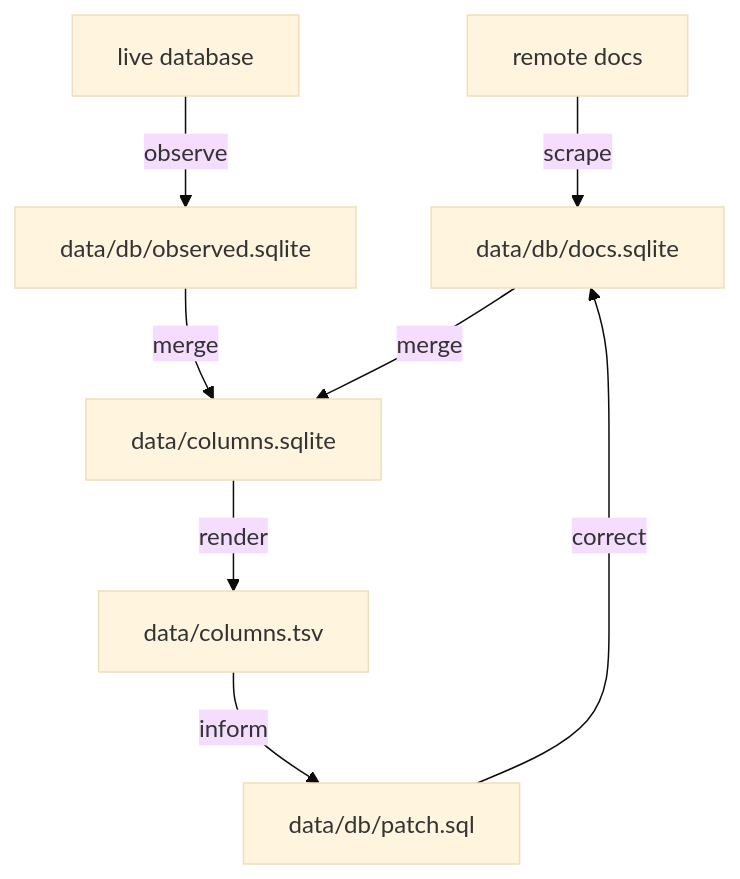
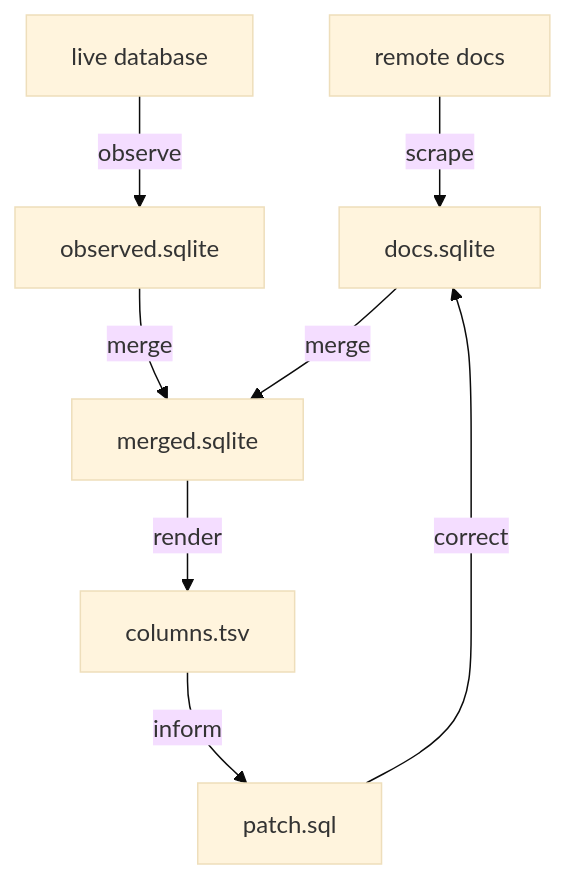
Before and after one commit to i-s-compat-table/i.s.compat.table: the diagram in CONTRIBUTING.md, drawn with Mermaid (base theme). The commit also changed other lines of this file and 1 other file, not shown here.

Commit message:
feat: add per-db columns.tsv's

````diff
--- a/CONTRIBUTING.md
+++ b/CONTRIBUTING.md
@@ -54,11 +57,11 @@
 ```mermaid
 graph TD
-  remote_docs[remote docs] -->|scrape | data/db/docs.sqlite
-  data/db/patch.sql        -->|correct| data/db/docs.sqlite
+  remote_docs[remote docs] -->|scrape | docs.sqlite
+  patch.sql        -->|correct| docs.sqlite
 
-  docker_db[live database] --> |observe| data/db/observed.sqlite
-  data/db/observed.sqlite  --> |merge  | data/columns.sqlite
-  data/db/docs.sqlite      --> |merge  | data/columns.sqlite
-  data/columns.sqlite      --> |render | data/columns.tsv
-  data/columns.tsv         --> |inform | data/db/patch.sql
+  docker_db[live database] --> |observe| observed.sqlite
+  observed.sqlite  --> |merge  | merged.sqlite
+  docs.sqlite      --> |merge  | merged.sqlite
+  merged.sqlite    --> |render | columns.tsv
+  columns.tsv      --> |inform | patch.sql
 ```
````
